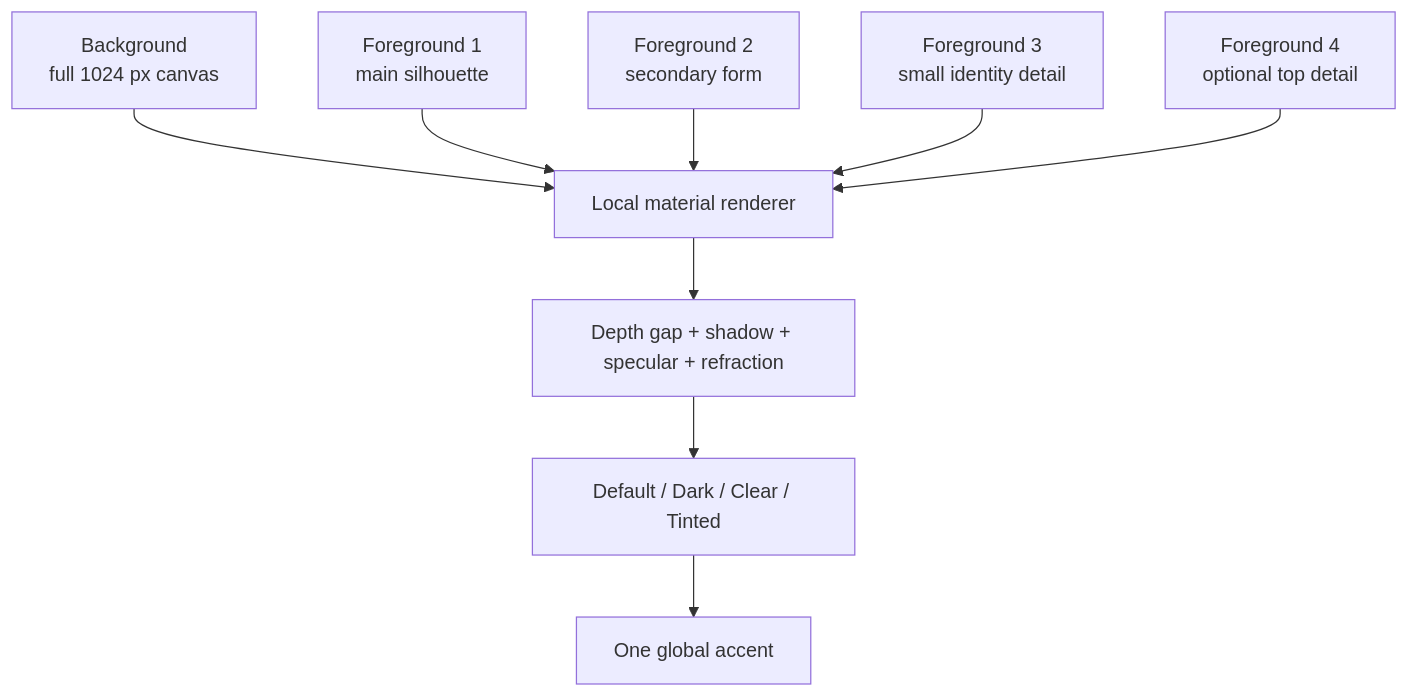
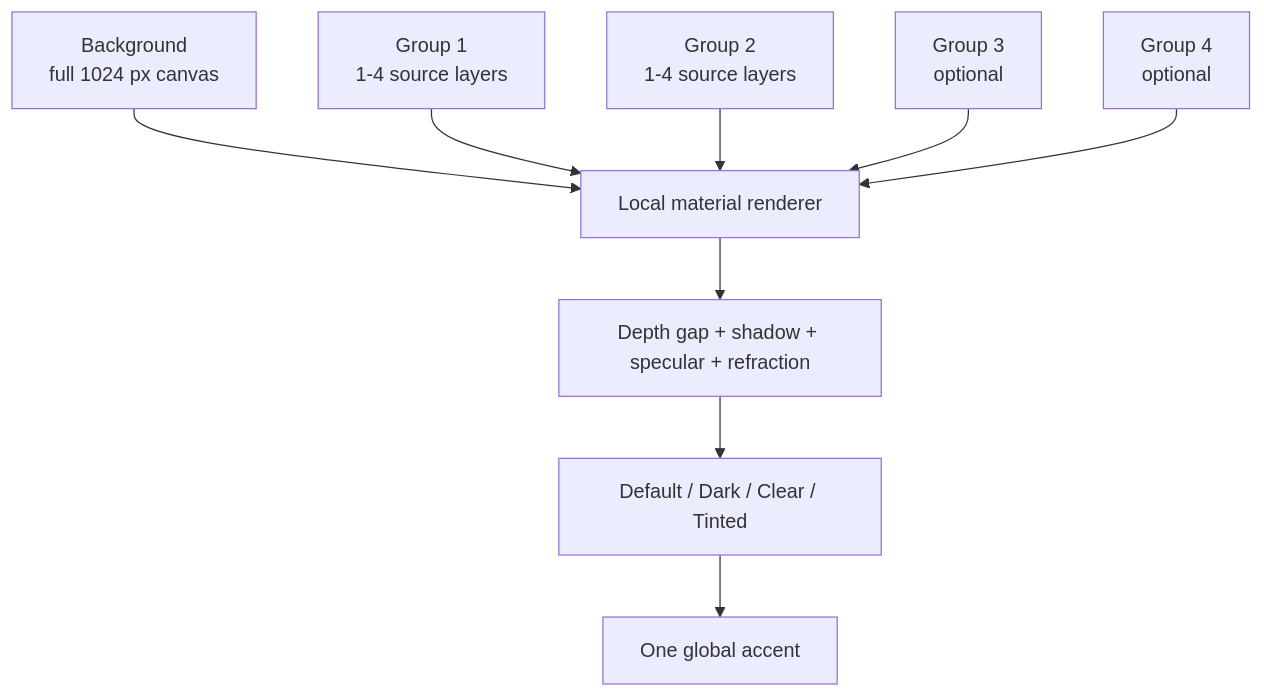
The second of 2 diagrams in README.md (OnurByte/LiquidGlassForLinux), drawn with Mermaid before and after one commit. The commit also changed other lines of this file and 32 other files, not shown here.

````diff
--- a/README.md
+++ b/README.md
@@ -82,11 +86,11 @@
 ```mermaid
 flowchart TD
     B[Background\nfull 1024 px canvas] --> R[Local material renderer]
-    L1[Foreground 1\nmain silhouette] --> R
-    L2[Foreground 2\nsecondary form] --> R
-    L3[Foreground 3\nsmall identity detail] --> R
-    L4[Foreground 4\noptional top detail] --> R
+    G1[Group 1\n1-4 source layers] --> R
+    G2[Group 2\n1-4 source layers] --> R
+    G3[Group 3\noptional] --> R
+    G4[Group 4\noptional] --> R
     R --> M[Depth gap + shadow + specular + refraction]
     M --> O[Default / Dark / Clear / Tinted]
     O --> A[One global accent]
 ```
````
